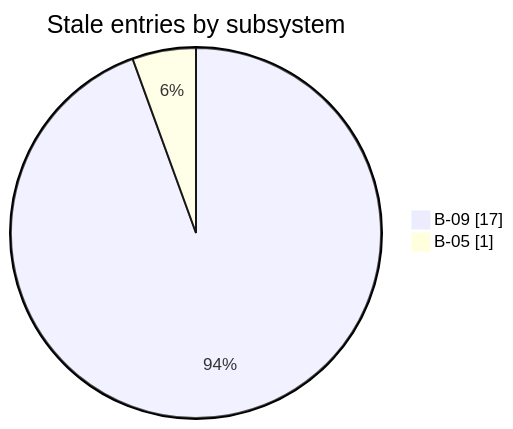
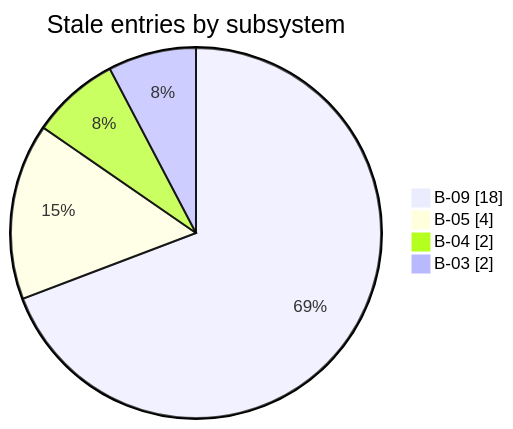
The diagram in docs/architecture.md (nfeldman/amanuensis), drawn with Mermaid before and after one commit. The commit also changed 53 other files, not shown here.

````diff
--- a/docs/architecture.md
+++ b/docs/architecture.md
@@ -29,6 +29,8 @@
 ```mermaid
 pie showData
     title Stale entries by subsystem
-    "B-09" : 17
-    "B-05" : 1
+    "B-09" : 18
+    "B-05" : 4
+    "B-04" : 2
+    "B-03" : 2
 ```
````
